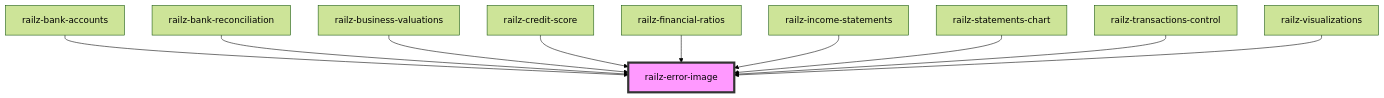
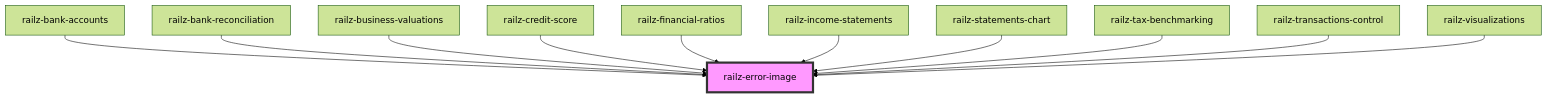
Before and after one commit to railz-ai/railz-visualizations: the diagram in packages/components/src/elements/error/readme.md, drawn with Mermaid (forest theme). The commit also changed other lines of this file and 21 other files, not shown here.

Commit message:
RLZ-3582 tax benchmarking report in visualization - created new component for tax benchmarking

````diff
--- a/packages/components/src/elements/error/readme.md
+++ b/packages/components/src/elements/error/readme.md
@@ -31,13 +32,14 @@
 ```mermaid
 graph TD;
   railz-bank-accounts --> railz-error-image
   railz-bank-reconciliation --> railz-error-image
   railz-business-valuations --> railz-error-image
   railz-credit-score --> railz-error-image
   railz-financial-ratios --> railz-error-image
   railz-income-statements --> railz-error-image
   railz-statements-chart --> railz-error-image
+  railz-tax-benchmarking --> railz-error-image
   railz-transactions-control --> railz-error-image
   railz-visualizations --> railz-error-image
   style railz-error-image fill:#f9f,stroke:#333,stroke-width:4px
 ```
````
